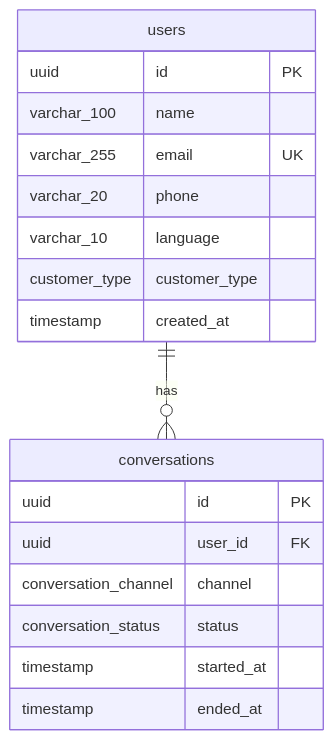
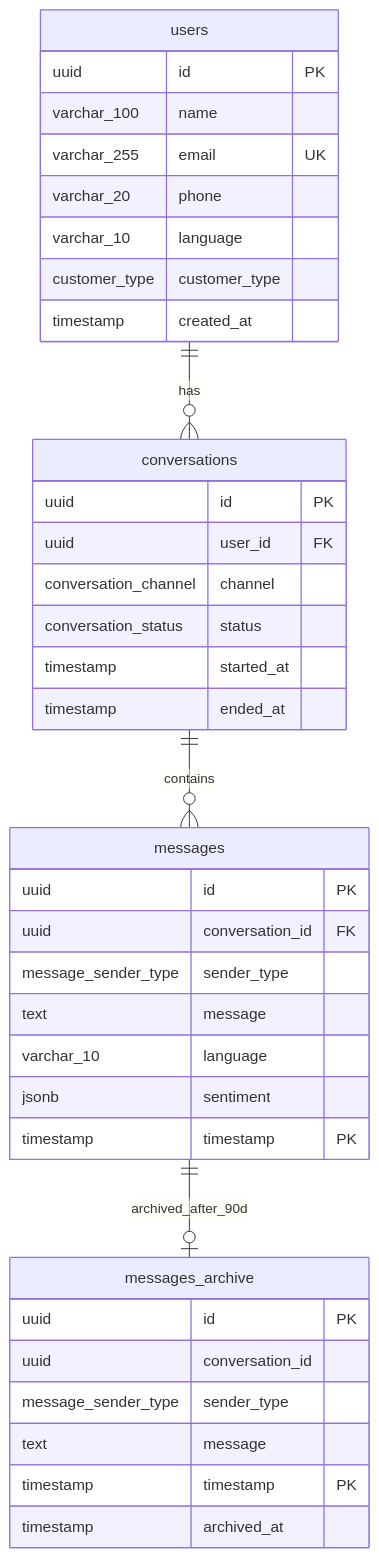
Before and after one commit to amannagar1809/ai_cumtomer_support_system: the diagram in docs/architecture/EPIC_1.2_DATABASE_SCHEMA.md, drawn with Mermaid. The commit also changed other lines of this file and 1 other file, not shown here.

Commit message:
message table

````diff
--- a/docs/architecture/EPIC_1.2_DATABASE_SCHEMA.md
+++ b/docs/architecture/EPIC_1.2_DATABASE_SCHEMA.md
@@ -160,23 +264,45 @@
 ```mermaid
 erDiagram
     users ||--o{ conversations : has
+    conversations ||--o{ messages : contains
 
     users {
         uuid id PK
         varchar_100 name
         varchar_255 email UK
         varchar_20 phone
         varchar_10 language
         customer_type customer_type
         timestamp created_at
     }
 
     conversations {
         uuid id PK
         uuid user_id FK
         conversation_channel channel
         conversation_status status
         timestamp started_at
         timestamp ended_at
     }
+
+    messages {
+        uuid id PK
+        uuid conversation_id FK
+        message_sender_type sender_type
+        text message
+        varchar_10 language
+        jsonb sentiment
+        timestamp timestamp PK
+    }
+
+    messages_archive {
+        uuid id PK
+        uuid conversation_id
+        message_sender_type sender_type
+        text message
+        timestamp timestamp PK
+        timestamp archived_at
+    }
+
+    messages ||--o| messages_archive : archived_after_90d
 ```
````
